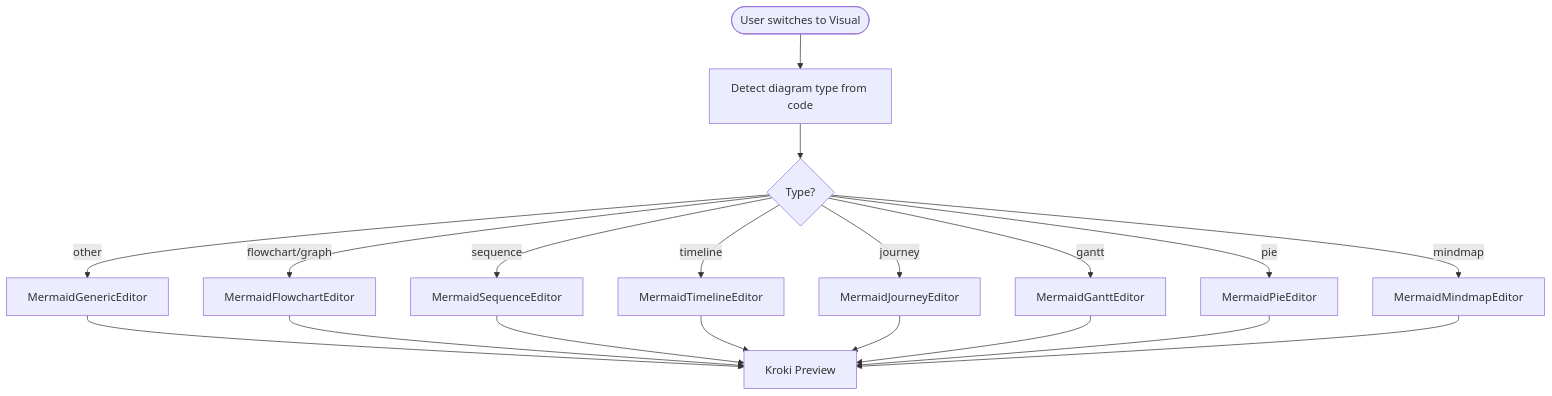
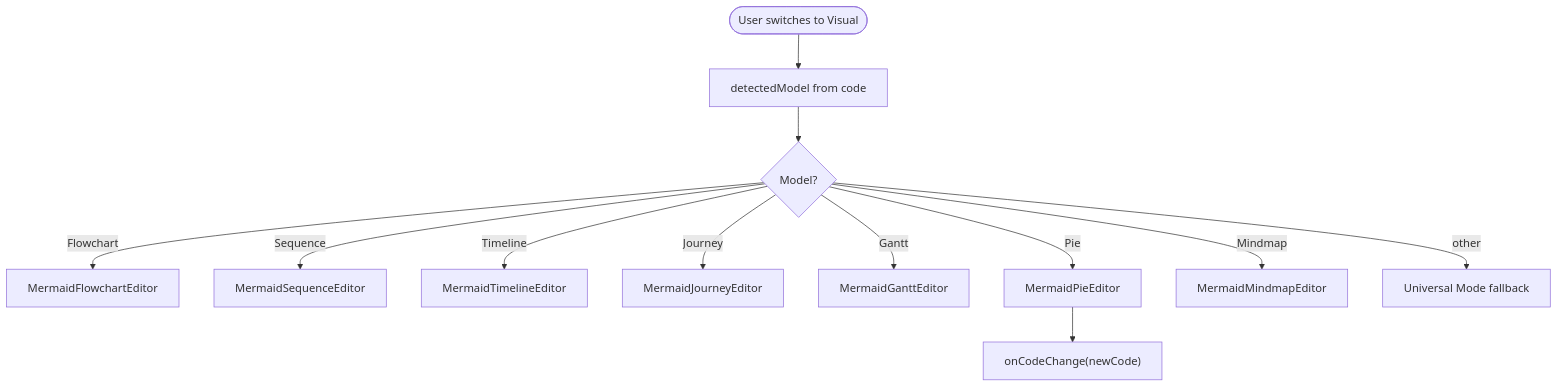
One commit to ongchonghian/universal-diagram-editor changed the fourth of 7 diagrams in .qoder/repowiki/en/content/Editor Architecture/Visual Editors/Visual Editors.md. Above: the diagram before and after it, drawn with Mermaid. The commit also changed other lines of this file and 31 other files, not shown here.

````diff
--- a/.qoder/repowiki/en/content/Editor Architecture/Visual Editors/Visual Editors.md
+++ b/.qoder/repowiki/en/content/Editor Architecture/Visual Editors/Visual Editors.md
@@ -195,21 +174,14 @@
 ```mermaid
 flowchart TD
-Start(["User switches to Visual"]) --> Detect["Detect diagram type from code"]
-Detect --> Route{"Type?"}
-Route --> |flowchart/graph| Flow["MermaidFlowchartEditor"]
-Route --> |sequence| Seq["MermaidSequenceEditor"]
-Route --> |timeline| TL["MermaidTimelineEditor"]
-Route --> |journey| Jour["MermaidJourneyEditor"]
-Route --> |gantt| Gantt["MermaidGanttEditor"]
-Route --> |pie| Pie["MermaidPieEditor"]
-Route --> |mindmap| Mind["MermaidMindmapEditor"]
-Route --> |other| Gen["MermaidGenericEditor"]
-Gen --> Preview["Kroki Preview"]
-Flow --> Preview
-Seq --> Preview
-TL --> Preview
-Jour --> Preview
-Gantt --> Preview
-Pie --> Preview
-Mind --> Preview
+Start(["User switches to Visual"]) --> Detect["detectedModel from code"]
+Detect --> Route{"Model?"}
+Route --> |Flowchart| Flow["MermaidFlowchartEditor"]
+Route --> |Sequence| Seq["MermaidSequenceEditor"]
+Route --> |Timeline| TL["MermaidTimelineEditor"]
+Route --> |Journey| Jour["MermaidJourneyEditor"]
+Route --> |Gantt| Gantt["MermaidGanttEditor"]
+Route --> |Pie| Pie["MermaidPieEditor"]
+Route --> |Mindmap| Mind["MermaidMindmapEditor"]
+Route --> |other| Gen["Universal Mode fallback"]
+Pie --> Code["onCodeChange(newCode)"]
 ```
````
